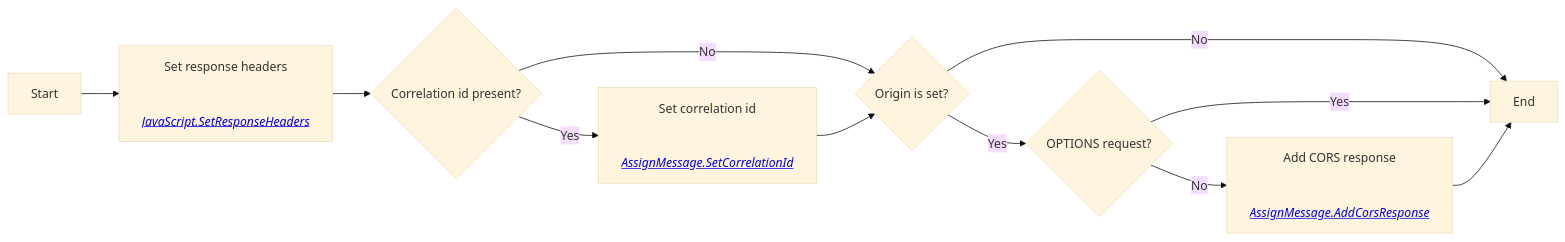
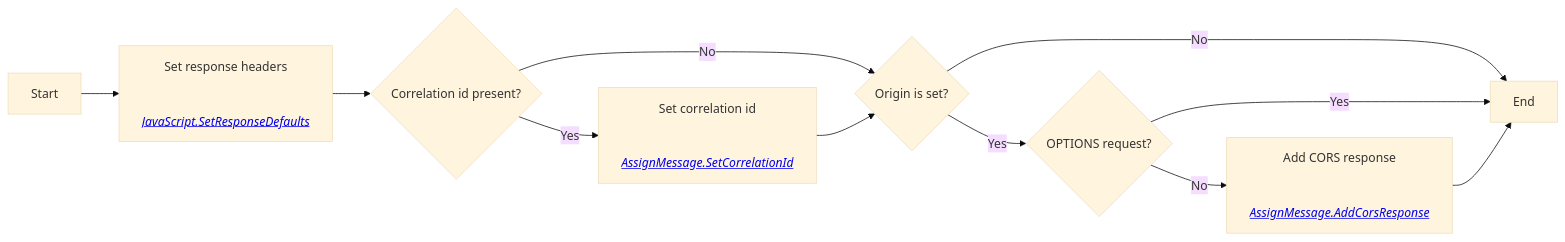
The seventh of 18 diagrams in docs/proxies.md (NHSDigital/communications-manager-api), drawn with Mermaid (base theme) before and after one commit. The commit also changed other lines of this file and 4 other files, not shown here.

````diff
--- a/docs/proxies.md
+++ b/docs/proxies.md
@@ -165,19 +164,19 @@
 ```mermaid
 flowchart LR
     S[Start] --> SRCT["Set response headers
 
-    <em><a href='https://github.com/NHSDigital/communications-manager-api/blob/release/proxies/shared/policies/JavaScript.SetResponseHeaders.xml'>JavaScript.SetResponseHeaders</a></em>"]
+    <em><a href='https://github.com/NHSDigital/communications-manager-api/blob/release/proxies/shared/policies/JavaScript.SetResponseDefaults.xml'>JavaScript.SetResponseDefaults</a></em>"]
     SRCT --> Q1{Correlation id present?}
     Q1 --> |Yes| SCI["Set correlation id
 
     <em><a href='https://github.com/NHSDigital/communications-manager-api/blob/release/proxies/shared/policies/AssignMessage.SetCorrelationId.xml'>AssignMessage.SetCorrelationId</a></em>"]
     Q1 --> |No| Q2{Origin is set?}
     SCI --> Q2
     Q2 --> |No| E[End]
     Q2 --> |Yes| Q3{OPTIONS request?}
     Q3 --> |Yes| E
     Q3 --> |No| ACR["Add CORS response
 
     <em><a href='https://github.com/NHSDigital/communications-manager-api/blob/release/proxies/shared/policies/AssignMessage.AddCorsResponse.xml'>AssignMessage.AddCorsResponse</a></em>"]
     ACR --> E
 ```
````
